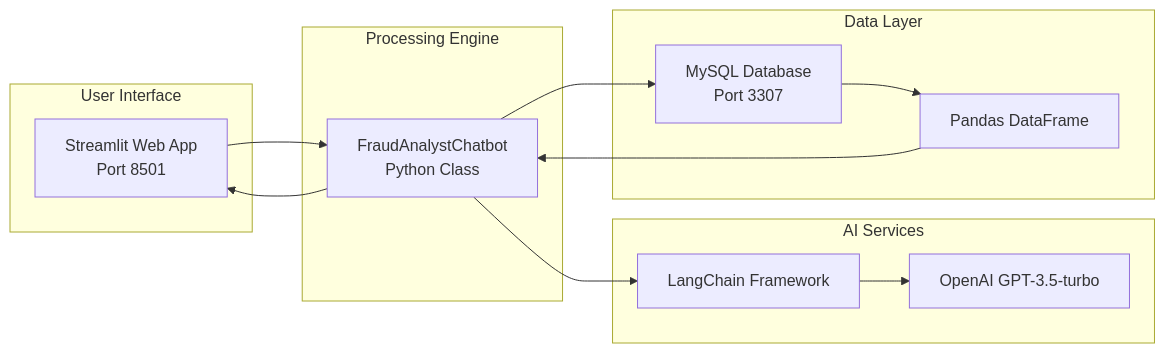
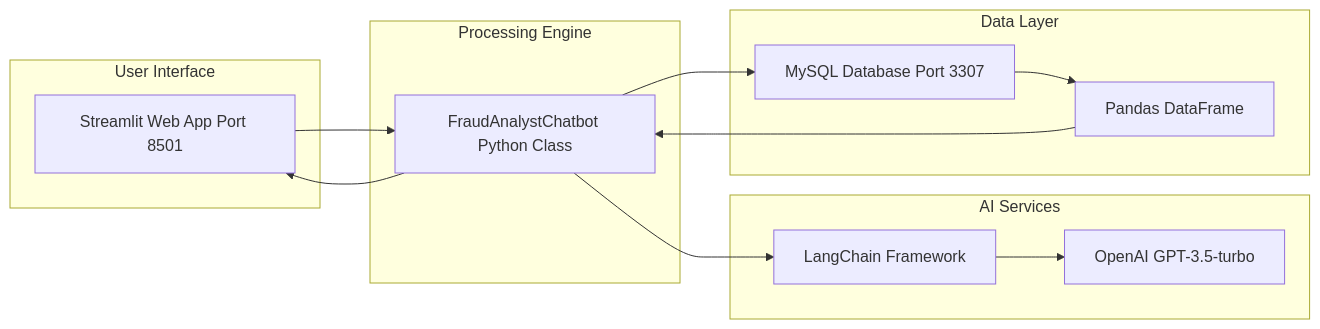
One commit to prerakpanwar/Real-Time-Fraud-Detection-System changed the second of 2 diagrams in README.md. Above: the diagram before and after it, drawn with Mermaid. The commit also changed other lines of this file, not shown here.

````diff
--- a/README.md
+++ b/README.md
@@ -113,28 +113,28 @@
 ```mermaid
 flowchart LR
     subgraph "User Interface"
-        A[Streamlit Web App<br/>Port 8501]
+        A["Streamlit Web App Port 8501"]
     end
     
     subgraph "Processing Engine"
-        B[FraudAnalystChatbot<br/>Python Class]
+        B["FraudAnalystChatbot Python Class"]
     end
     
     subgraph "AI Services"
-        C[LangChain Framework]
-        D[OpenAI GPT-3.5-turbo]
+        C["LangChain Framework"]
+        D["OpenAI GPT-3.5-turbo"]
     end
     
     subgraph "Data Layer"
-        E[MySQL Database<br/>Port 3307]
-        F[Pandas DataFrame]
+        E["MySQL Database Port 3307"]
+        F["Pandas DataFrame"]
     end
     
     A --> B
     B --> C
     C --> D
     B --> E
     E --> F
     F --> B
     B --> A
 ```
````
